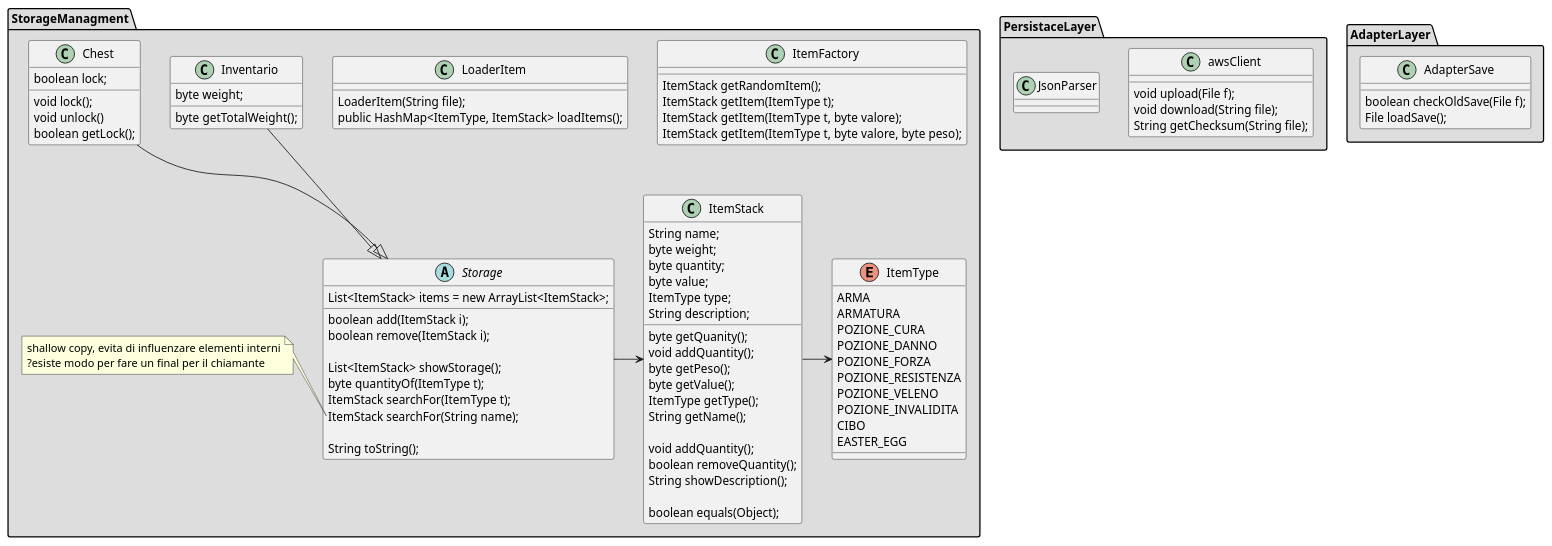
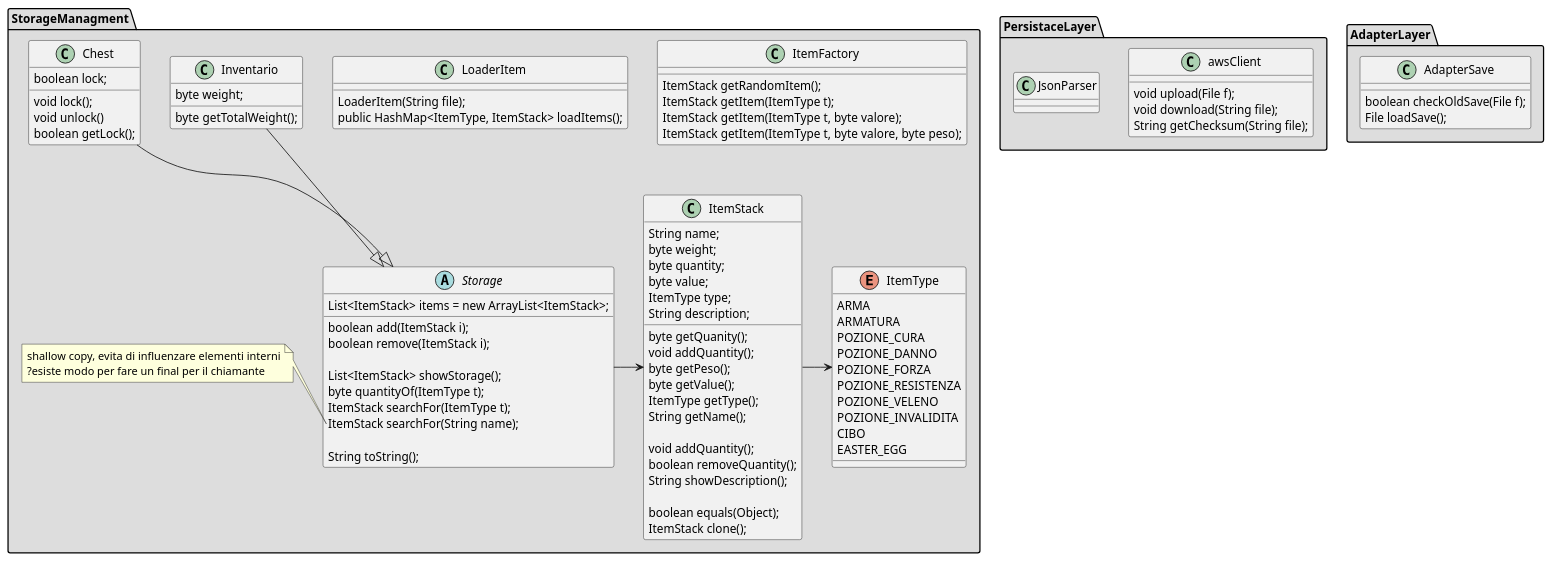
Before and after one commit to PdP03/ACMD: the diagram in DiagrammiUML/ClassDiagram(Storage-Persistance-Adapter).puml, drawn with PlantUML.

Commit message:
Update ClassDiagram(Storage-Persistance-Adapter).puml Clone

```diff
--- a/DiagrammiUML/ClassDiagram(Storage-Persistance-Adapter).puml
+++ b/DiagrammiUML/ClassDiagram(Storage-Persistance-Adapter).puml
@@ -1,113 +1,114 @@
 @startuml
 package "StorageManagment" #DDDDDD{  /'songole tipologie elementi'/
 class ItemFactory
 {
   ItemStack getRandomItem();
   ItemStack getItem(ItemType t);
   ItemStack getItem(ItemType t, byte valore);
   ItemStack getItem(ItemType t, byte valore, byte peso);
 }
 
 class LoaderItem{
   LoaderItem(String file);
   public HashMap<ItemType, ItemStack> loadItems();
 }
 
 class ItemStack {
   String name;
   byte weight;
   byte quantity;
   byte value;
   ItemType type;   
   String description;
    
   byte getQuanity();
   void addQuantity();
   byte getPeso();
   byte getValue();
   ItemType getType();
   String getName();
 
   void addQuantity();
   boolean removeQuantity();
   String showDescription();
 
   boolean equals(Object);
+  ItemStack clone();
 }
 
 enum ItemType{
   ARMA
   ARMATURA
   POZIONE_CURA
   POZIONE_DANNO
   POZIONE_FORZA
   POZIONE_RESISTENZA
   POZIONE_VELENO
   POZIONE_INVALIDITA
   CIBO
   EASTER_EGG
 }
 
 /'gestione di infiniti item'/
 abstract Storage{   
   List<ItemStack> items = new ArrayList<ItemStack>;
 
   boolean add(ItemStack i);
   boolean remove(ItemStack i);
 
   List<ItemStack> showStorage();
   byte quantityOf(ItemType t);
   ItemStack searchFor(ItemType t);
   ItemStack searchFor(String name);
 
   String toString();
 }
 note left of Storage::"searchFor(String name)"
 shallow copy, evita di influenzare elementi interni
 ?esiste modo per fare un final per il chiamante
 end note
 
 class Inventario{
   byte weight;
   byte getTotalWeight();
 }
 
 class Chest{
   boolean lock;
   
   void lock();
   void unlock()
   boolean getLock();
 
 }
 
 }
 Storage -> ItemStack 
 Inventario --|> Storage
 
 Chest --|> Storage
 ItemStack -> ItemType
 
 
 
 
 package PersistaceLayer #DDDDDD{
   class awsClient{
     void upload(File f);
     void download(String file);
     String getChecksum(String file);  
   }
 
   class JsonParser{
     
   }
   
 }
 
 package AdapterLayer #DDDDDD{
   class AdapterSave{
     boolean checkOldSave(File f);
     File loadSave(); /'file'/
   }
 }
 @enduml
```
